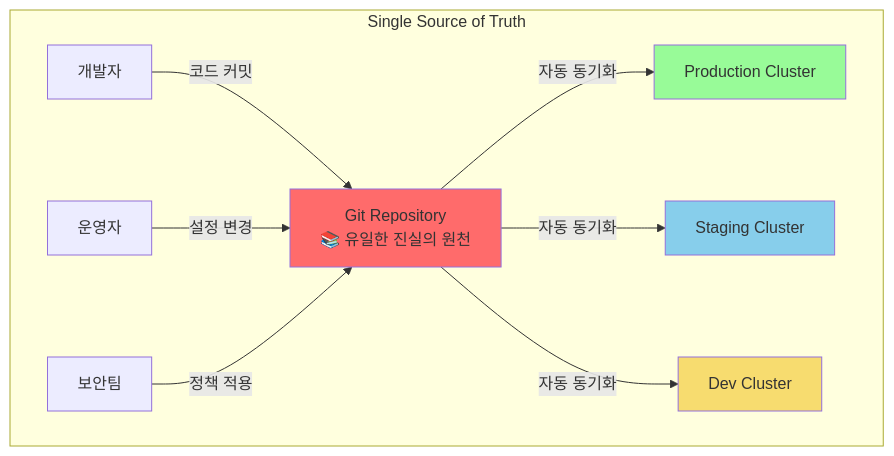
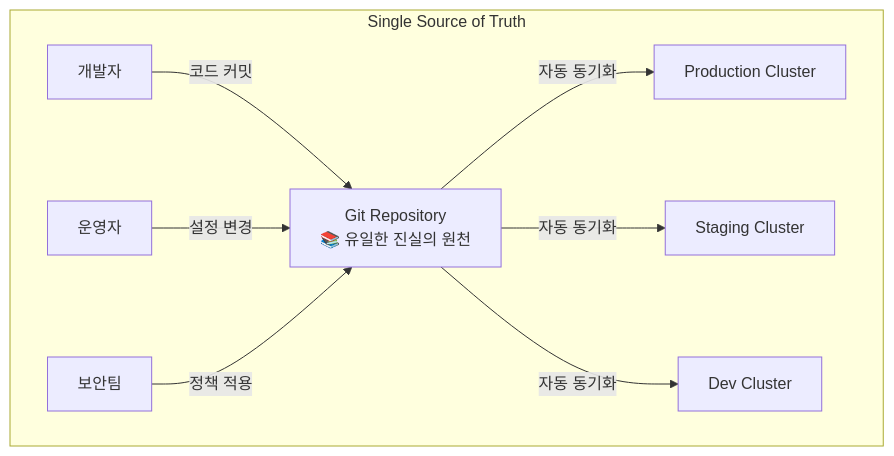
Before and after one commit to juwon8891/juwon8891.github.io: the fourth of 41 diagrams in docs/cicd/week1-image-build.md, drawn with Mermaid. The commit also changed other lines of this file and 18 other files, not shown here.

Commit message:
Remove bright colors from Mermaid diagrams for dark mode compatibility

````diff
--- a/docs/cicd/week1-image-build.md
+++ b/docs/cicd/week1-image-build.md
@@ -158,19 +152,15 @@
 ```mermaid
 graph TB
     subgraph "Single Source of Truth"
         GIT_REPO[Git Repository<br/>📚 유일한 진실의 원천]
 
         DEV[개발자] -->|코드 커밋| GIT_REPO
         OPS[운영자] -->|설정 변경| GIT_REPO
         SECURITY[보안팀] -->|정책 적용| GIT_REPO
 
         GIT_REPO -->|자동 동기화| PROD_CLUSTER[Production Cluster]
         GIT_REPO -->|자동 동기화| STAGE_CLUSTER[Staging Cluster]
         GIT_REPO -->|자동 동기화| DEV_CLUSTER[Dev Cluster]
 
-        style GIT_REPO fill:#FF6B6B
-        style PROD_CLUSTER fill:#98FB98
-        style STAGE_CLUSTER fill:#87CEEB
-        style DEV_CLUSTER fill:#F7DC6F
     end
 ```
````
